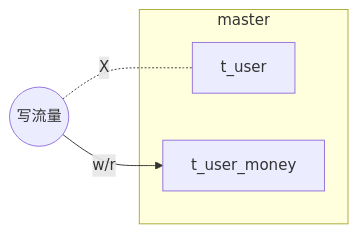
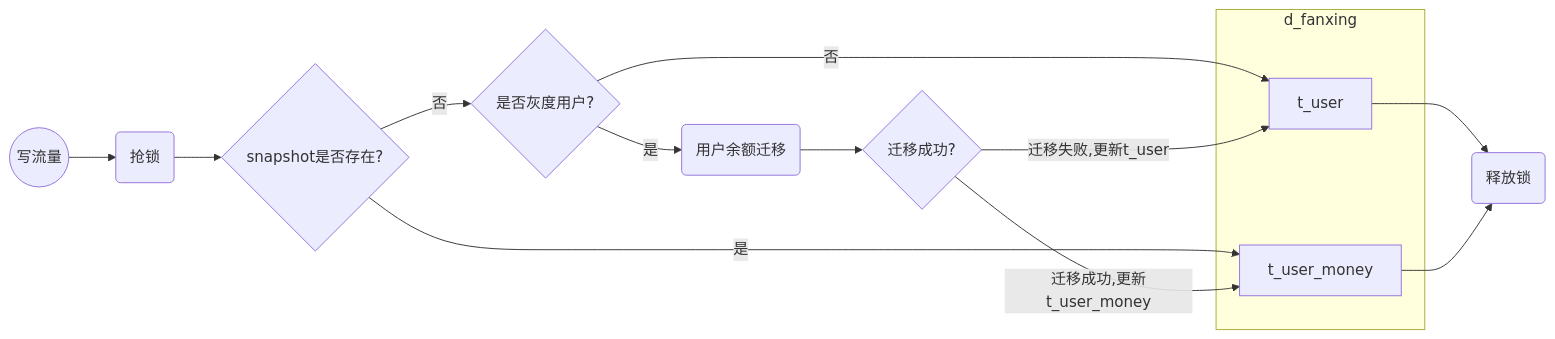
The third of 7 diagrams in _posts/2019-11-21-职级论文_李泳权_v1.md (leiwingqueen/liyongquan.github.io), drawn with Mermaid before and after one commit. The commit also changed other lines of this file and 1 other file, not shown here.

````diff
--- a/_posts/2019-11-21-职级论文_李泳权_v1.md
+++ b/_posts/2019-11-21-职级论文_李泳权_v1.md
@@ -138,10 +180,22 @@
 ```mermaid
 graph LR
 L((写流量))
-L-.-|X|t_user
-L-->|w/r|t_user_money
-subgraph master
+C1{snapshot是否存在?}
+C2{是否灰度用户?}
+C3{迁移成功?}
+L-->A(抢锁)
+A-->C1
+C1-->|否|C2
+C2-->|是|M(用户余额迁移)
+C1-->|是|t_user_money
+C2-->|否|t_user
+M-->C3
+C3-->|迁移成功,更新t_user_money|t_user_money
+C3-->|迁移失败,更新t_user|t_user
+subgraph d_fanxing
 t_user
 t_user_money
 end
+t_user-->R(释放锁)
+t_user_money-->R
 ```
````
